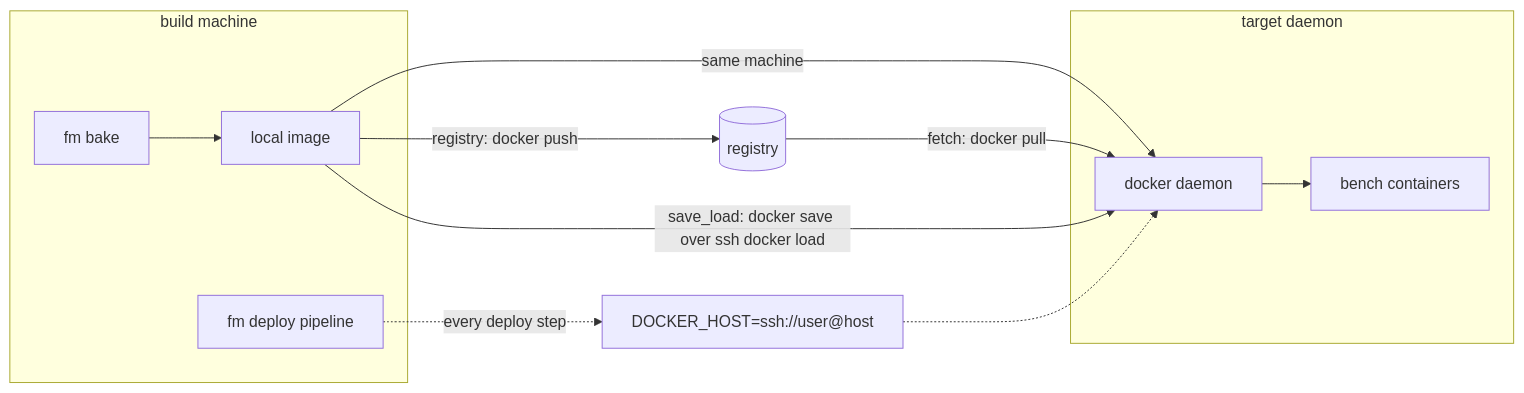
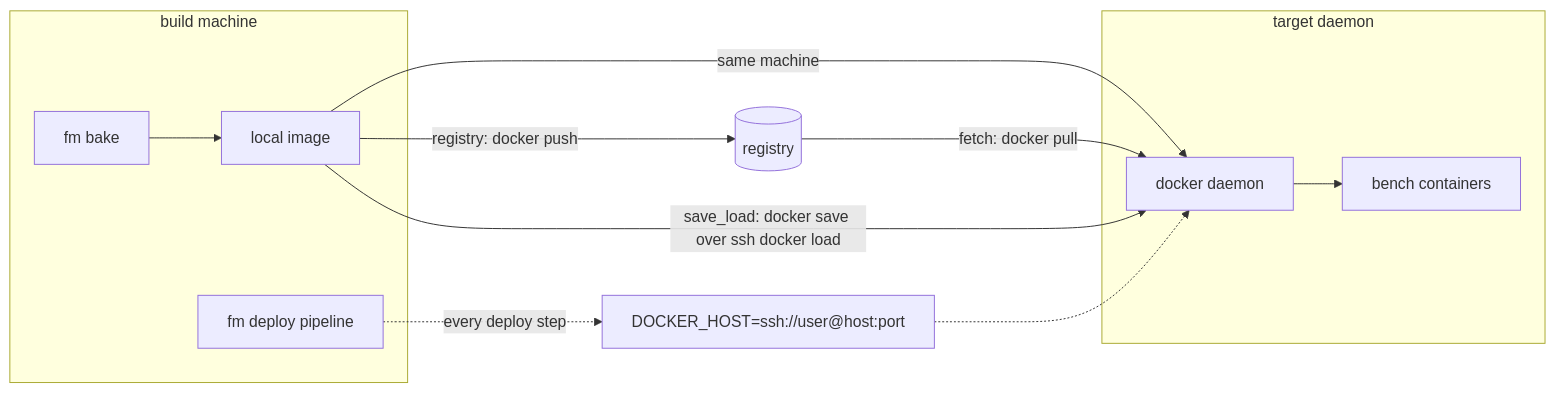
Before and after one commit to rtCamp/Frappe-Manager: the diagram in docs/deploy/transports.md, drawn with Mermaid. The commit also changed other lines of this file and 34 other files, not shown here.

````diff
--- a/docs/deploy/transports.md
+++ b/docs/deploy/transports.md
@@ -5,15 +5,15 @@
 ```mermaid
 flowchart LR
     subgraph build [build machine]
         B[fm bake] --> LI[local image]
         P[fm deploy pipeline]
     end
     subgraph target [target daemon]
         RD[docker daemon] --> RUN[bench containers]
     end
     LI -->|same machine| RD
     LI -->|registry: docker push| REG[(registry)] -->|fetch: docker pull| RD
     LI -->|save_load: docker save over ssh docker load| RD
-    P -.->|every deploy step| DH["DOCKER_HOST=ssh://user@host"]
+    P -.->|every deploy step| DH["DOCKER_HOST=ssh://user@host:port"]
     DH -.-> RD
 ```
````
